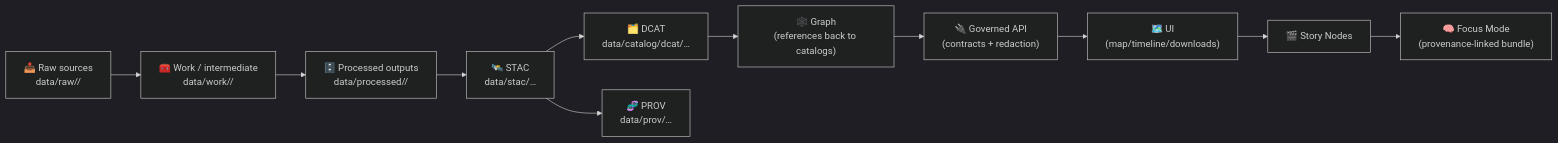
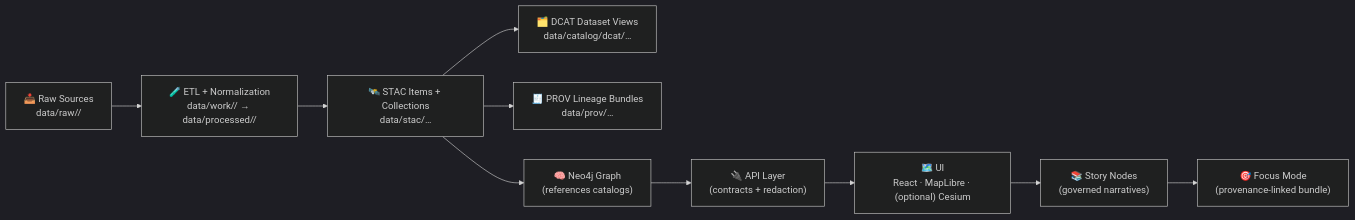
One commit to bartytime4life/Kansas-Frontier-Matrix changed the diagram in data/catalog/dcat/README.md. Above: the diagram before and after it, drawn with Mermaid (dark theme). The commit also changed other lines of this file, not shown here.

First line of the commit message:
Revise README for DCAT dataset catalog clarity

````diff
--- a/data/catalog/dcat/README.md
+++ b/data/catalog/dcat/README.md
@@ -65,13 +29,13 @@
 ```mermaid
 flowchart LR
-  RAW["📥 Raw sources<br/>data/raw/<domain>/"] --> WORK["🧰 Work / intermediate<br/>data/work/<domain>/"]
-  WORK --> PROC["🗄️ Processed outputs<br/>data/processed/<domain>/"]
-  PROC --> STAC["🛰️ STAC<br/>data/stac/…"]
-  STAC --> DCAT["🗂️ DCAT<br/>data/catalog/dcat/…"]
-  STAC --> PROV["🧬 PROV<br/>data/prov/…"]
-  DCAT --> GRAPH["🕸️ Graph<br/>(references back to catalogs)"]
-  GRAPH --> API["🔌 Governed API<br/>(contracts + redaction)"]
-  API --> UI["🗺️ UI<br/>(map/timeline/downloads)"]
-  UI --> STORY["🎬 Story Nodes"]
-  STORY --> FOCUS["🧠 Focus Mode<br/>(provenance-linked bundle)"]
+  A["📥 Raw Sources<br/>data/raw/<domain>/"] --> B["🧪 ETL + Normalization<br/>data/work/<domain>/ → data/processed/<domain>/"]
+  B --> C["🛰️ STAC Items + Collections<br/>data/stac/…"]
+  C --> D["🗂️ DCAT Dataset Views<br/>data/catalog/dcat/…"]
+  C --> E["🧾 PROV Lineage Bundles<br/>data/prov/…"]
+
+  C --> G["🧠 Neo4j Graph<br/>(references catalogs)"]
+  G --> H["🔌 API Layer<br/>(contracts + redaction)"]
+  H --> I["🗺️ UI<br/>React · MapLibre · (optional) Cesium"]
+  I --> J["📚 Story Nodes<br/>(governed narratives)"]
+  J --> K["🎯 Focus Mode<br/>(provenance-linked bundle)"]
 ```
````
